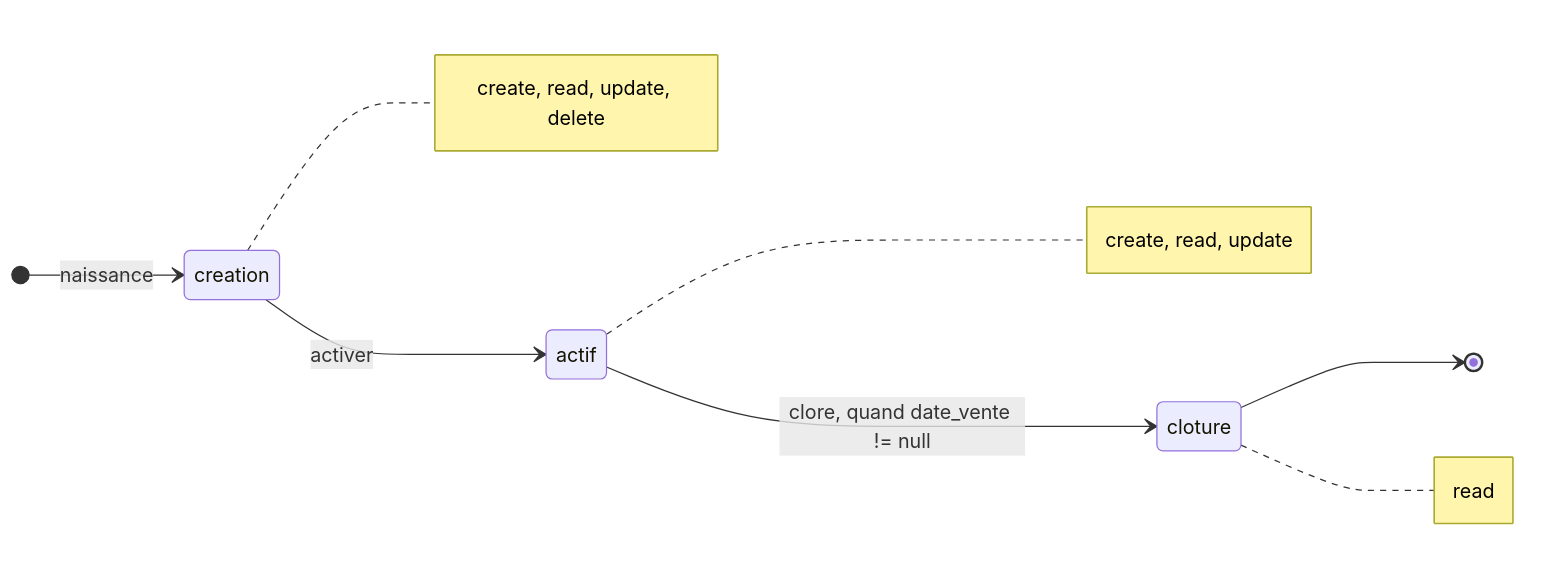
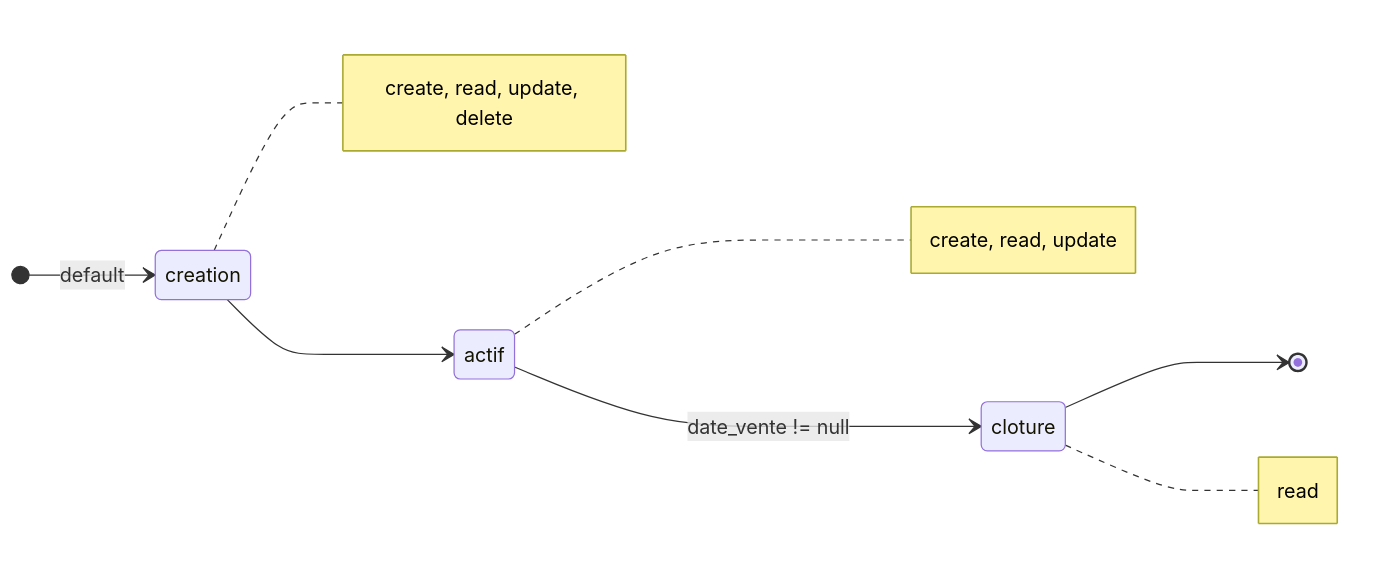
Before and after one commit to AymericLesert/Syncytium: the fourth of 4 diagrams in docs/documentation.md, drawn with Mermaid. The commit also changed other lines of this file and 2 other files, not shown here.

Commit message:
D1276 — le diagramme d états : un par entité qui déclare states:, la cible et la condition telle qu écrite sur le trait, les actes en note, la table en détail ; le bloc 4 réécrit sans verbe inventé et rendu

````diff
--- a/docs/documentation.md
+++ b/docs/documentation.md
@@ -1315,11 +1323,11 @@
 ```mermaid
 stateDiagram-v2
   direction LR
-  [*] --> creation : naissance
-  creation --> actif : activer
-  actif --> cloture : clore, quand date_vente != null
+  [*] --> creation : default
+  creation --> actif
+  actif --> cloture : date_vente != null
   cloture --> [*]
   note right of creation : create, read, update, delete
   note right of actif : create, read, update
   note right of cloture : read
 ```
````
